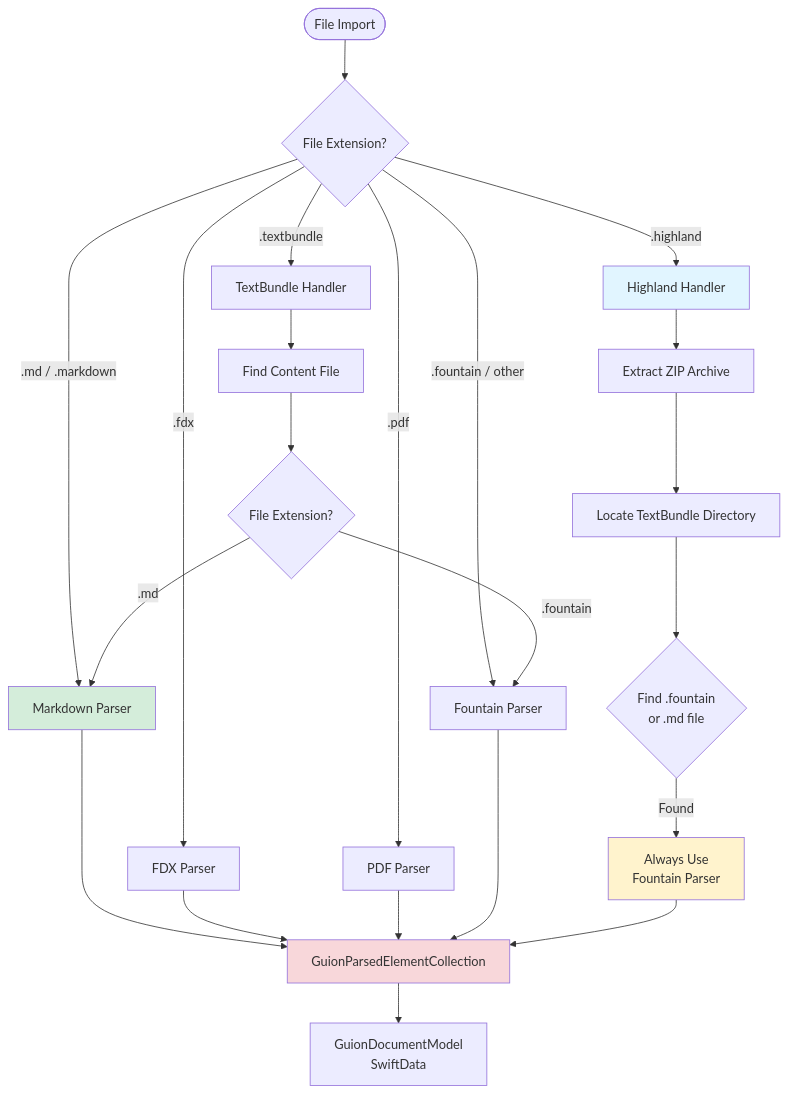
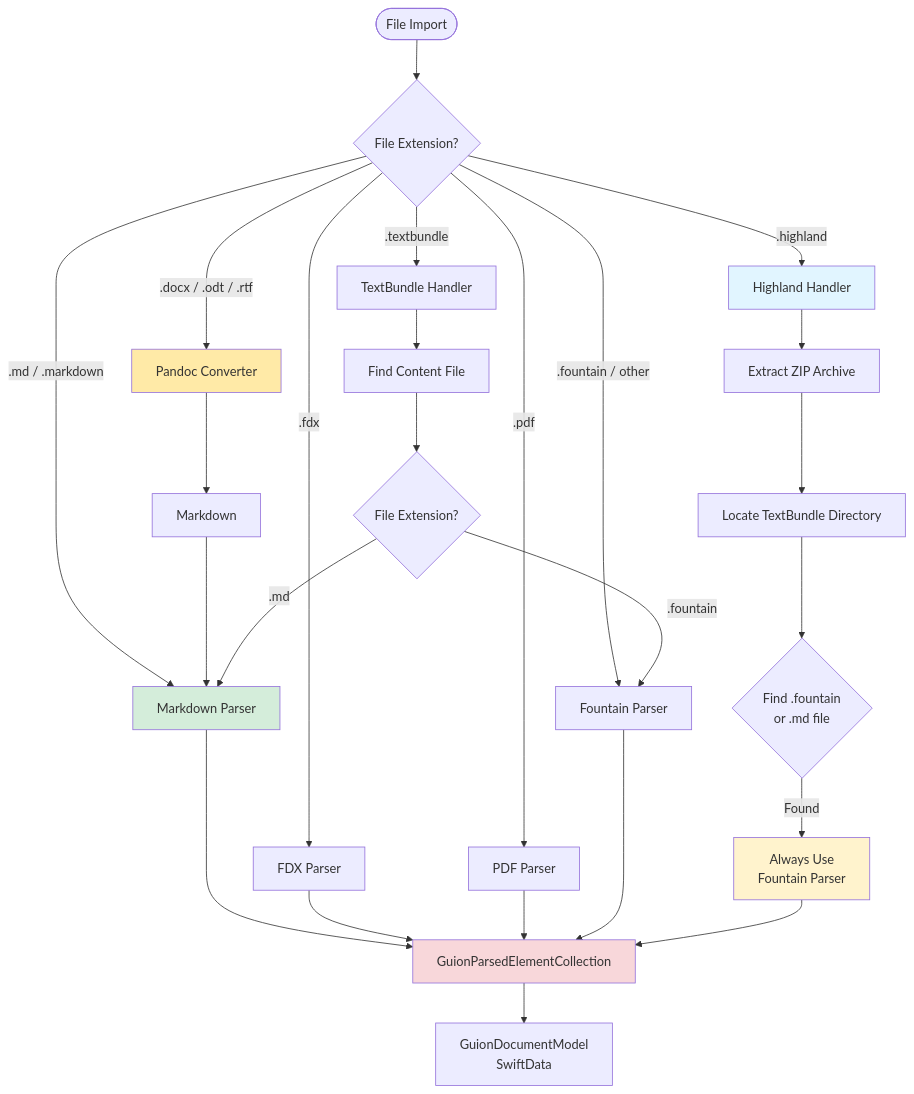
One commit to intrusive-memory/SwiftCompartido changed the diagram in README.md. Above: the diagram before and after it, drawn with Mermaid. The commit also changed other lines of this file and 32 other files, not shown here.

First line of the commit message:
feat: Add Pandoc document import support (DOCX, ODT, RTF)

````diff
--- a/README.md
+++ b/README.md
@@ -22,34 +22,38 @@
 ```mermaid
 flowchart TD
     Start([File Import]) --> Detect{File Extension?}
 
     Detect -->|.md / .markdown| MD[Markdown Parser]
     Detect -->|.highland| Highland[Highland Handler]
     Detect -->|.textbundle| TextBundle[TextBundle Handler]
     Detect -->|.fdx| FDX[FDX Parser]
     Detect -->|.pdf| PDF[PDF Parser]
+    Detect -->|.docx / .odt / .rtf| Pandoc[Pandoc Converter]
     Detect -->|.fountain / other| Fountain[Fountain Parser]
 
     MD --> Elements[GuionParsedElementCollection]
     FDX --> Elements
     PDF --> Elements
+    Pandoc --> PandocMD[Markdown]
+    PandocMD --> MD
     Fountain --> Elements
 
     Highland --> Extract[Extract ZIP Archive]
     Extract --> FindTB[Locate TextBundle Directory]
     FindTB --> FindFile{Find .fountain<br/>or .md file}
     FindFile -->|Found| ForceFountain[Always Use<br/>Fountain Parser]
     ForceFountain --> Elements
 
     TextBundle --> Discover[Find Content File]
     Discover --> RecursiveDetect{File Extension?}
     RecursiveDetect -->|.fountain| Fountain
     RecursiveDetect -->|.md| MD
 
     Elements --> Document[GuionDocumentModel<br/>SwiftData]
 
     style Highland fill:#e1f5ff
     style ForceFountain fill:#fff3cd
     style MD fill:#d4edda
+    style Pandoc fill:#ffeaa7
     style Elements fill:#f8d7da
 ```
````
